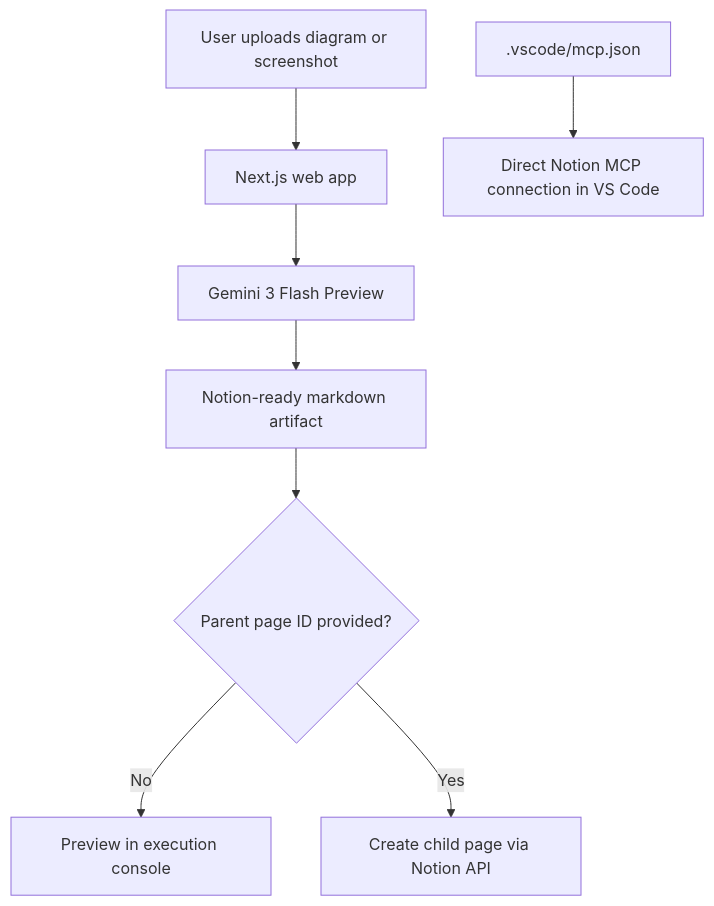
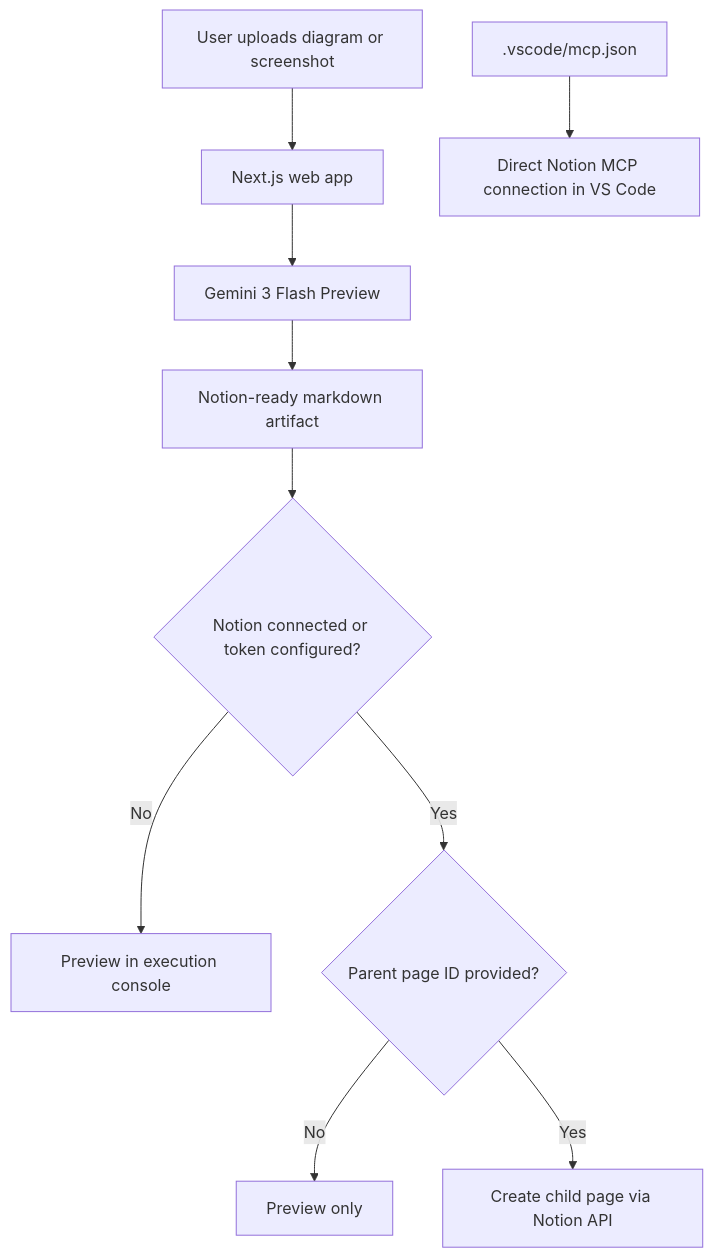
Before and after one commit to aniruddhaadak80/nexus-forge: the diagram in README.md, drawn with Mermaid. The commit also changed other lines of this file and 10 other files, not shown here.

Commit message:
feat: add Notion OAuth connect flow

````diff
--- a/README.md
+++ b/README.md
@@ -32,10 +36,12 @@
 ```mermaid
 graph TD
     A[User uploads diagram or screenshot] --> B[Next.js web app]
     B --> C[Gemini 3 Flash Preview]
     C --> D[Notion-ready markdown artifact]
-    D --> E{Parent page ID provided?}
-    E -- No --> F[Preview in execution console]
-    E -- Yes --> G[Create child page via Notion API]
-    H[.vscode/mcp.json] --> I[Direct Notion MCP connection in VS Code]
+  D --> E{Notion connected or token configured?}
+  E -- No --> F[Preview in execution console]
+  E -- Yes --> G{Parent page ID provided?}
+  G -- No --> H[Preview only]
+  G -- Yes --> I[Create child page via Notion API]
+  J[.vscode/mcp.json] --> K[Direct Notion MCP connection in VS Code]
 ```
````
